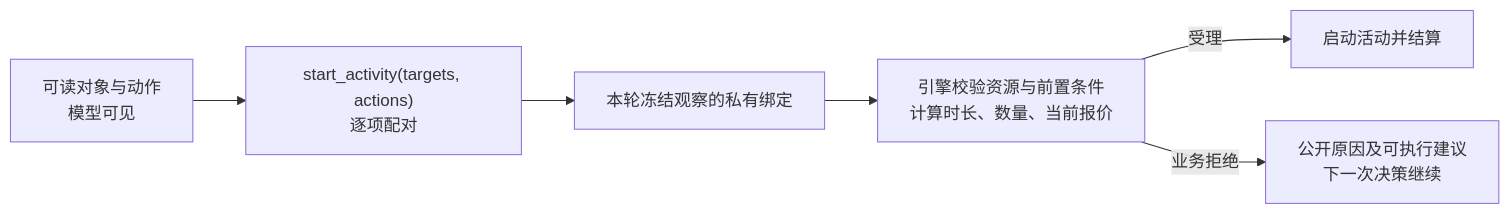
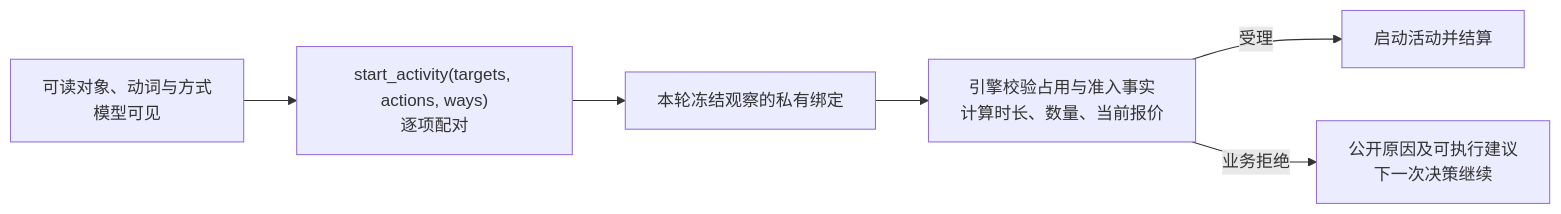
Before and after one commit to HoldThatThgt/WorldMock: the third of 5 diagrams in docs/dev/SPEC-agent-interaction.md, drawn with Mermaid. The commit also changed other lines of this file and 132 other files, not shown here.

````diff
--- a/docs/dev/SPEC-agent-interaction.md
+++ b/docs/dev/SPEC-agent-interaction.md
@@ -221,8 +221,8 @@
 ```mermaid
 flowchart LR
-    O["可读对象与动作<br/>模型可见"] --> S["start_activity(targets, actions)<br/>逐项配对"]
+    O["可读对象、动词与方式<br/>模型可见"] --> S["start_activity(targets, actions, ways)<br/>逐项配对"]
     S --> B["本轮冻结观察的私有绑定"]
-    B --> V["引擎校验资源与前置条件<br/>计算时长、数量、当前报价"]
+    B --> V["引擎校验占用与准入事实<br/>计算时长、数量、当前报价"]
     V -->|受理| A["启动活动并结算"]
     V -->|业务拒绝| R["公开原因及可执行建议<br/>下一次决策继续"]
 ```
````
